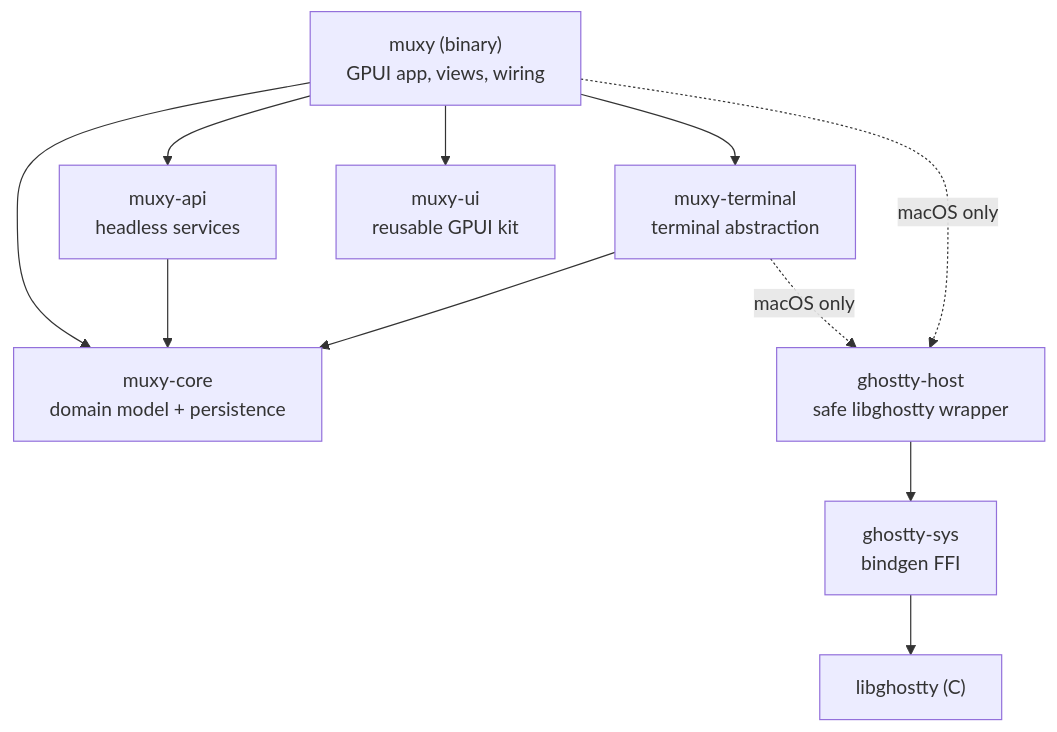
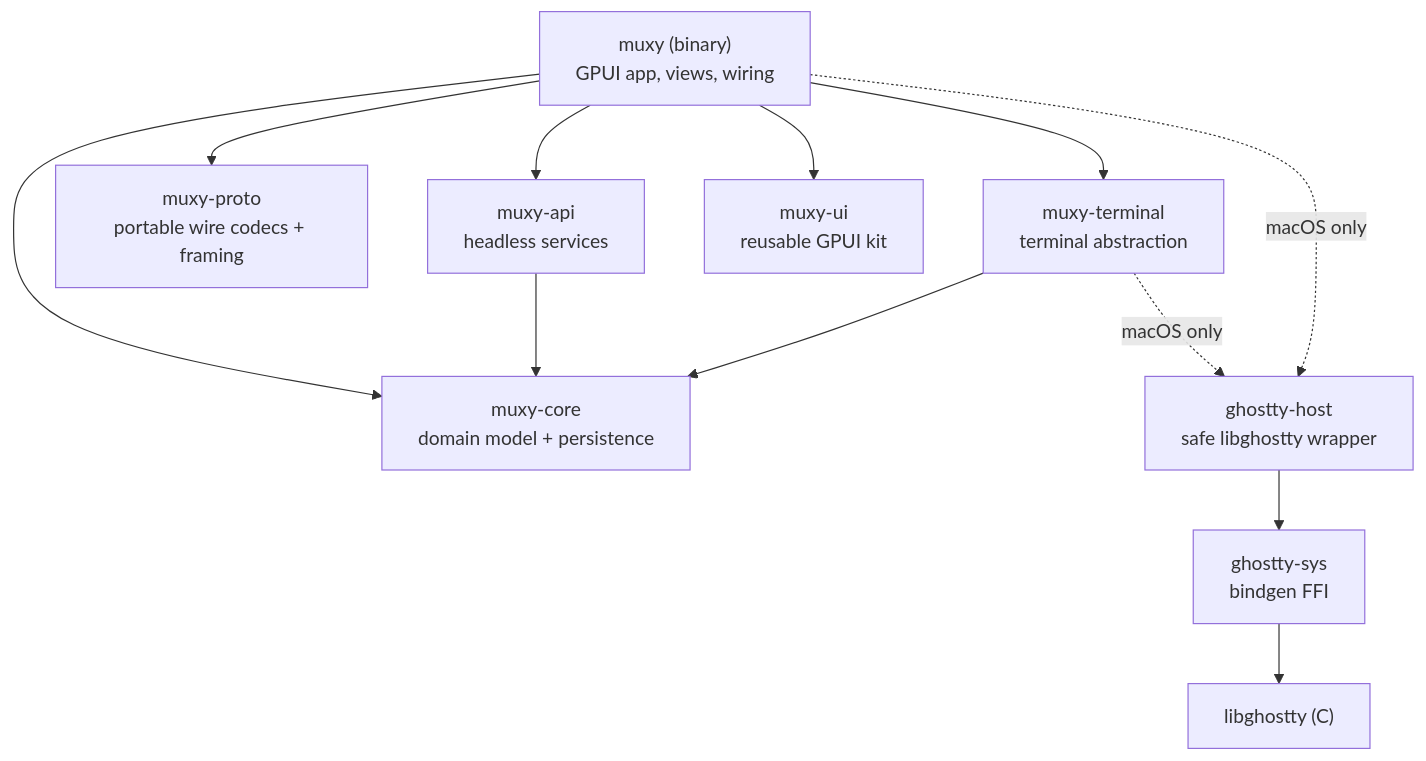
The first of 8 diagrams in ARCHITECTURE.md (muxy-app/muxy), drawn with Mermaid before and after one commit. The commit also changed other lines of this file and 51 other files, not shown here.

````diff
--- a/ARCHITECTURE.md
+++ b/ARCHITECTURE.md
@@ -7,21 +7,23 @@
 ```mermaid
 flowchart TD
     muxy["muxy (binary)\nGPUI app, views, wiring"]
     api["muxy-api\nheadless services"]
+    proto["muxy-proto\nportable wire codecs + framing"]
     core["muxy-core\ndomain model + persistence"]
     term["muxy-terminal\nterminal abstraction"]
     ui["muxy-ui\nreusable GPUI kit"]
     host["ghostty-host\nsafe libghostty wrapper"]
     sys["ghostty-sys\nbindgen FFI"]
 
     muxy --> api
+    muxy --> proto
     muxy --> term
     muxy --> ui
     muxy --> core
     api --> core
     term --> core
     term -. macOS only .-> host
     muxy -. macOS only .-> host
     host --> sys
     sys --> lib["libghostty (C)"]
 ```
````
